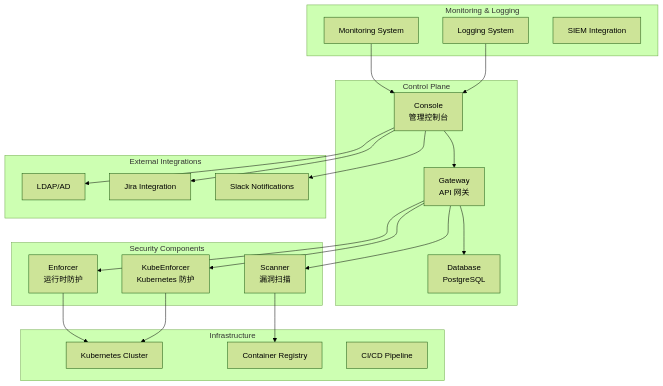
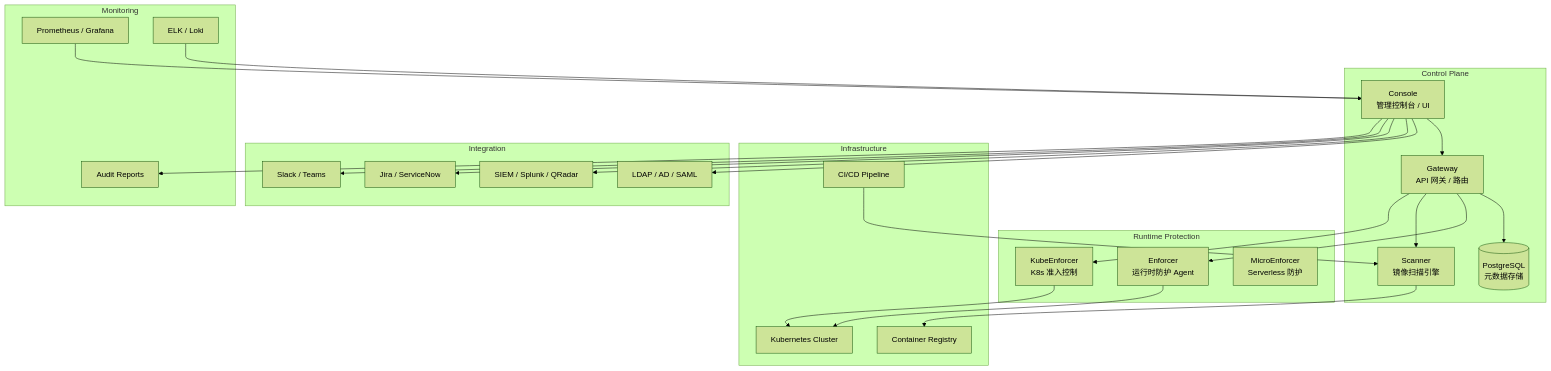
One commit to kudig-io/kudig-database changed the diagram in domain-25-cloud-native-security/03-aqua-enterprise-container-security.md. Above: the diagram before and after it, drawn with Mermaid (forest theme). The commit also changed other lines of this file and 8633 other files, not shown here.

````diff
--- a/domain-25-cloud-native-security/03-aqua-enterprise-container-security.md
+++ b/domain-25-cloud-native-security/03-aqua-enterprise-container-security.md
@@ -68,46 +67,50 @@
 ```mermaid
 graph TB
     subgraph "Control Plane"
-        CON[Console<br/>管理控制台]
-        GW[Gateway<br/>API 网关]
-        DB[Database<br/>PostgreSQL]
+        CON[Console<br/>管理控制台 / UI]
+        GW[Gateway<br/>API 网关 / 路由]
+        DB[(PostgreSQL<br/>元数据存储)]
+        SC[Scanner<br/>镜像扫描引擎]
     end
-    
-    subgraph "Security Components"
-        EN[Enforcer<br/>运行时防护]
-        SC[Scanner<br/>漏洞扫描]
-        KS[KubeEnforcer<br/>Kubernetes 防护]
+
+    subgraph "Runtime Protection"
+        EN[Enforcer<br/>运行时防护 Agent]
+        KS[KubeEnforcer<br/>K8s 准入控制]
+        MICRO[MicroEnforcer<br/>Serverless 防护]
     end
-    
+
     subgraph "Infrastructure"
         K8S[Kubernetes Cluster]
         REG[Container Registry]
-        CI[CI/CD Pipeline]
+        CICD[CI/CD Pipeline]
     end
-    
-    subgraph "Monitoring & Logging"
-        MON[Monitoring System]
-        LOG[Logging System]
-        SIEM[SIEM Integration]
+
+    subgraph "Integration"
+        LDAP[LDAP / AD / SAML]
+        SIEM[SIEM / Splunk / QRadar]
+        TICKET[Jira / ServiceNow]
+        SLACK[Slack / Teams]
     end
-    
-    subgraph "External Integrations"
-        LDAP[LDAP/AD]
-        JIRA[Jira Integration]
-        SLACK[Slack Notifications]
+
+    subgraph "Monitoring"
+        MON[Prometheus / Grafana]
+        LOG[ELK / Loki]
+        AUDIT[Audit Reports]
     end
-    
-    CON --> GW
-    GW --> DB
+
+    CON --> GW --> DB
     GW --> EN
     GW --> SC
     GW --> KS
     EN --> K8S
     SC --> REG
     KS --> K8S
+    CON --> LDAP
+    CON --> SIEM
+    CON --> TICKET
+    CON --> SLACK
     MON --> CON
     LOG --> CON
-    CON --> LDAP
-    CON --> JIRA
-    CON --> SLACK
+    CON --> AUDIT
+    CICD --> SC
 ```
````
